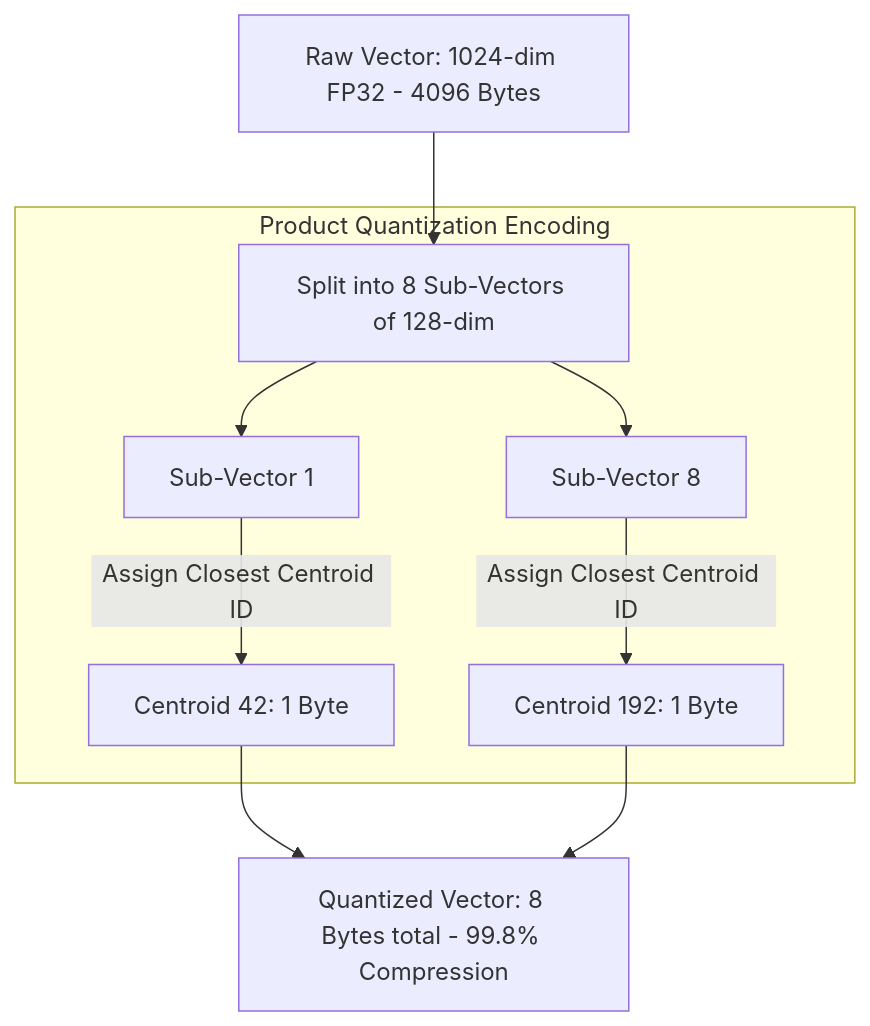
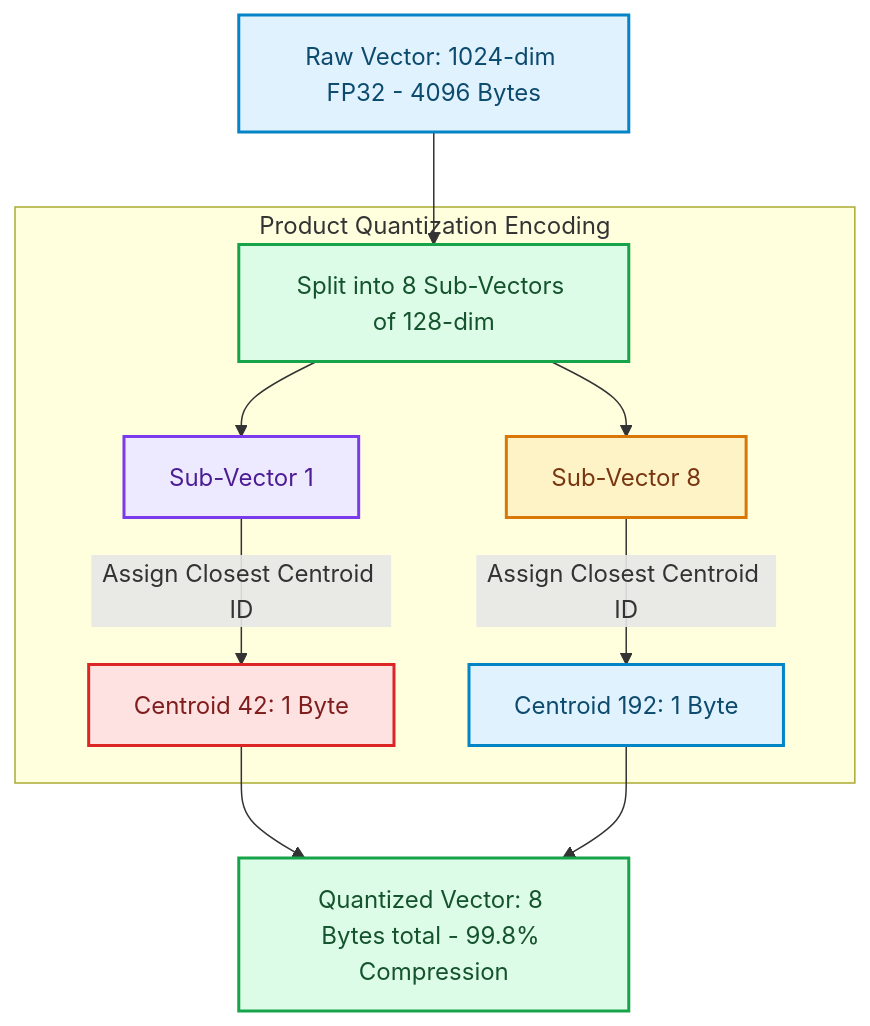
Before and after one commit to akmalkhaniub/akmalkhaniub.github.io: the diagram in blog/posts/product-quantization-scalar-quantization-large-vector-indices.md, drawn with Mermaid. The commit also changed other lines of this file and 1291 other files, not shown here.

First line of the commit message:
feat(catalog): unique covers, scholarly references, and diagram palettes

````diff
--- a/blog/posts/product-quantization-scalar-quantization-large-vector-indices.md
+++ b/blog/posts/product-quantization-scalar-quantization-large-vector-indices.md
@@ -17,15 +17,26 @@
 ```mermaid
 flowchart TD
-  A[Raw Vector: 1024-dim FP32 - 4096 Bytes] --> B[Split into 8 Sub-Vectors of 128-dim]
+  A["Raw Vector: 1024-dim FP32 - 4096 Bytes"] --> B["Split into 8 Sub-Vectors of 128-dim"]
   
   subgraph SG1_ProductQuantizationEncoding ["Product Quantization Encoding"]
-    B --> C[Sub-Vector 1]
-    B --> D[Sub-Vector 8]
+    B --> C["Sub-Vector 1"]
+    B --> D["Sub-Vector 8"]
     
-    C -->|Assign Closest Centroid ID| E[Centroid 42: 1 Byte]
-    D -->|Assign Closest Centroid ID| F[Centroid 192: 1 Byte]
+    C -->|Assign Closest Centroid ID| E["Centroid 42: 1 Byte"]
+    D -->|Assign Closest Centroid ID| F["Centroid 192: 1 Byte"]
   end
   
-  E --> G[Quantized Vector: 8 Bytes total - 99.8% Compression]
+  E --> G["Quantized Vector: 8 Bytes total - 99.8% Compression"]
   F --> G
+
+classDef green fill:#dcfce7,stroke:#16a34a,stroke-width:2px,color:#14532d;
+classDef red fill:#fee2e2,stroke:#dc2626,stroke-width:2px,color:#7f1d1d;
+classDef blue fill:#e0f2fe,stroke:#0284c7,stroke-width:2px,color:#0c4a6e;
+classDef yellow fill:#fef3c7,stroke:#d97706,stroke-width:2px,color:#78350f;
+classDef purple fill:#ede9fe,stroke:#7c3aed,stroke-width:2px,color:#4c1d95;
+class A,F blue
+class B,G green
+class C purple
+class D yellow
+class E red
 ```
````
